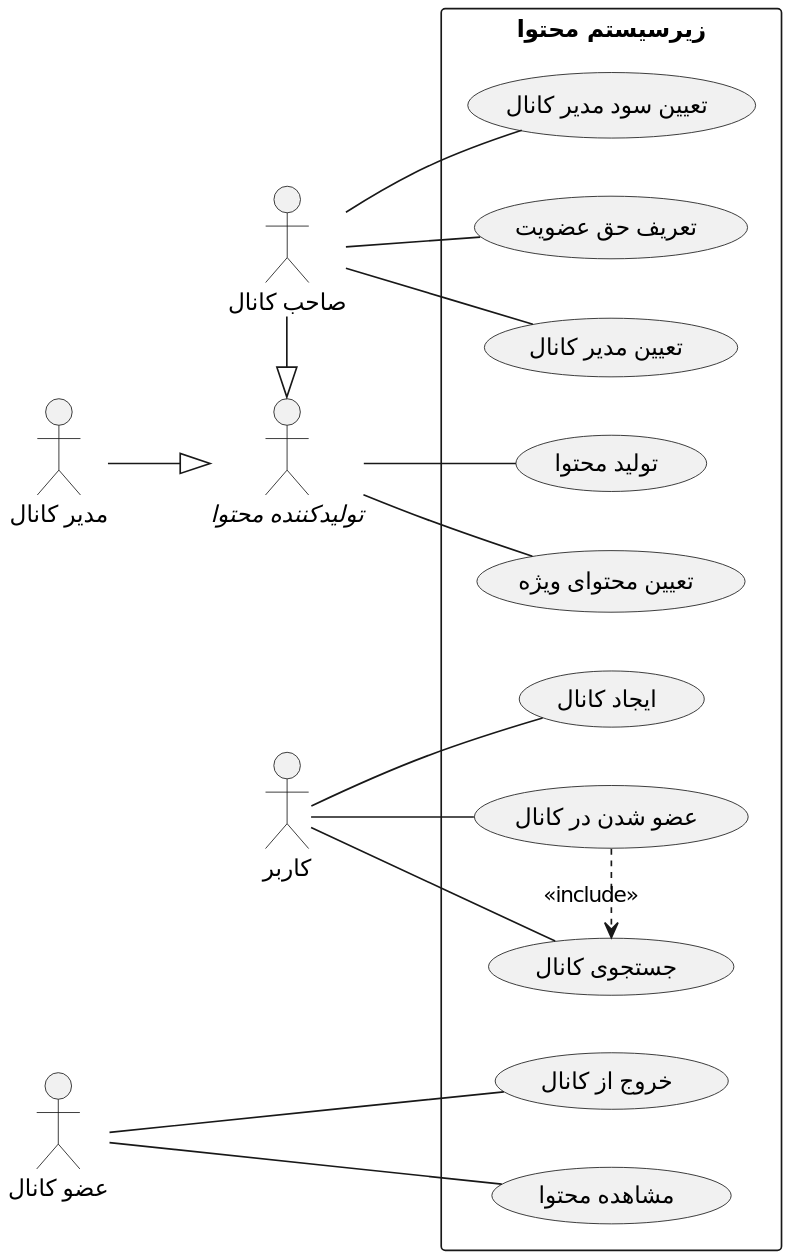
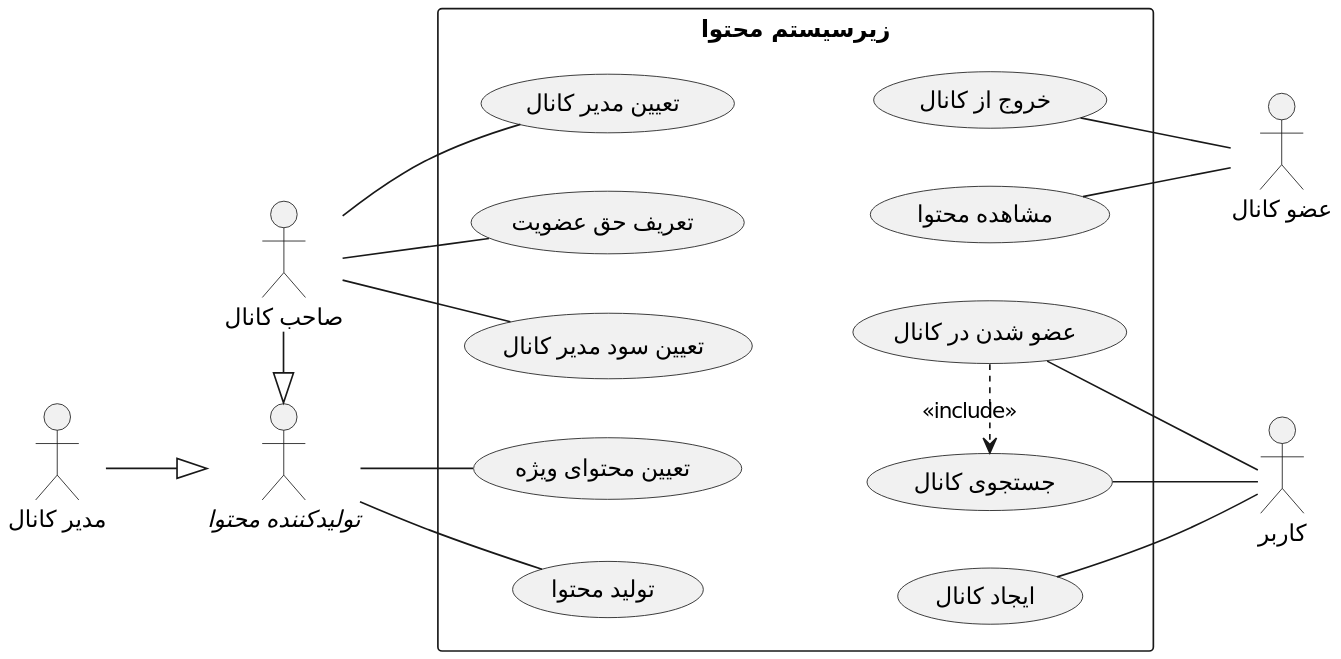
The diagram in PlantUML/Usecase Diagram/2_ContentSubsystem.puml (soleyman79/Qasedak), drawn with PlantUML before and after one commit.

Commit message:
Two columns

```diff
--- a/PlantUML/Usecase Diagram/2_ContentSubsystem.puml
+++ b/PlantUML/Usecase Diagram/2_ContentSubsystem.puml
@@ -1,44 +1,56 @@
 @startuml content_subsystem
 scale 2
 left to right direction
 skinparam ActorFontName B Nazanin
 skinparam UsecaseFontName B Nazanin
 skinparam TitleFontName B Nazanin
 
 rectangle "زیرسیستم محتوا"{
+    usecase "تعریف حق عضویت" as fee
+    usecase "مشاهده محتوا" as see
+    usecase "تعیین مدیر کانال" as raise
+    usecase "خروج از کانال" as delete
+    usecase "تعیین سود مدیر کانال" as salary
+    usecase "جستجوی کانال" as search
+    usecase "تولید محتوا" as createC
+    usecase "ایجاد کانال" as start
+    usecase "تعیین محتوای ویژه" as specialize
     usecase "عضو شدن در کانال" as join
-    usecase "مشاهده محتوا" as see
-    usecase "ایجاد کانال" as start
-    usecase "تولید محتوا" as create
-    usecase "تعیین محتوای ویژه" as specialize
-    usecase "تعریف حق عضویت" as fee
-    usecase "تعیین مدیر کانال" as raise
-    usecase "تعیین سود مدیر کانال" as salary
-    usecase "خروج از کانال" as delete
-    usecase "جستجوی کانال" as search
 }
 
 
 actor "کاربر" as user
 actor "عضو کانال" as member
 actor "//تولیدکننده محتوا//" as producer
 actor "مدیر کانال" as admin
 actor "صاحب کانال" as owner
 
 admin --|> producer
 owner -|> producer
 
-user -- join
-user -- search
-member --- see
-member --- delete
-user -- start
-producer -- create
+owner -- fee
+see -- member
+fee -[hidden]- see
+owner -- raise
+delete -- member
+raise -[hidden]- delete
+owner -- salary
+search -- user
+salary -[hidden]- search
+producer -- createC
+start -- user
+createC -[hidden]- start
 producer -- specialize
-owner -- fee
-owner -- raise
-owner -- salary
+join -- user
 
 join .> search : <<include>>
 
+' together {
+' fee
+' raise
+' salary
+' create
+' specialize
+' }
+
 @enduml
```
